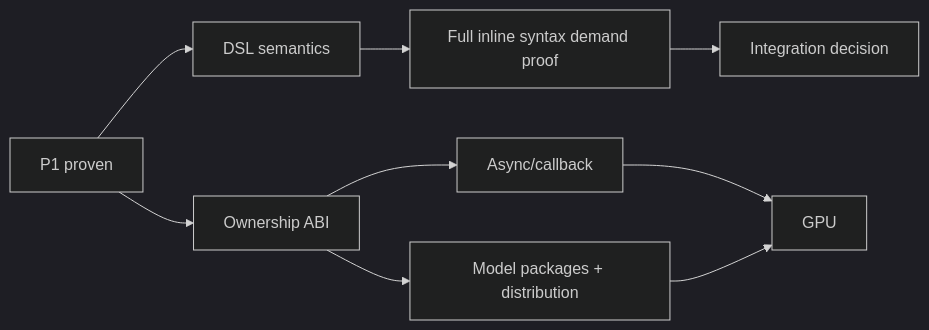
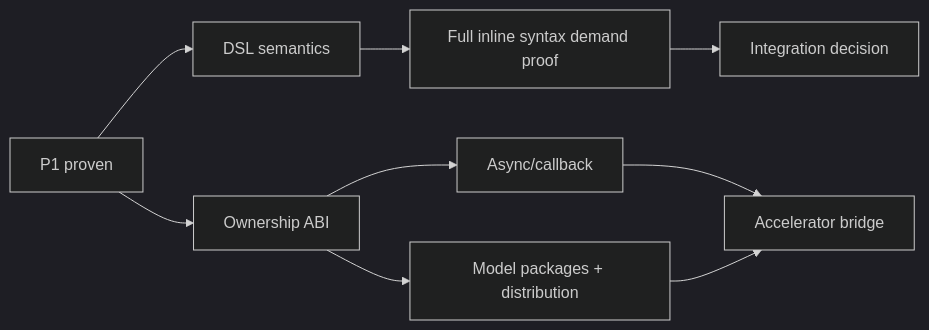
Before and after one commit to 1amageek/swift-mojo: the fourth of 4 diagrams in docs/ROADMAP.md, drawn with Mermaid (dark theme). The commit also changed other lines of this file and 24 other files, not shown here.

````diff
--- a/docs/ROADMAP.md
+++ b/docs/ROADMAP.md
@@ -380,8 +380,8 @@
 ```mermaid
 flowchart LR
     P1["P1 proven"] --> P2["DSL semantics"]
     P1 --> P3["Ownership ABI"]
-    P3 --> P4["Async/callback"] --> P6["GPU"]
+    P3 --> P4["Async/callback"] --> P6["Accelerator bridge"]
     P3 --> P5["Model packages + distribution"] --> P6
     P2 --> Decision["Full inline syntax demand proof"] --> P7["Integration decision"]
 ```
````
